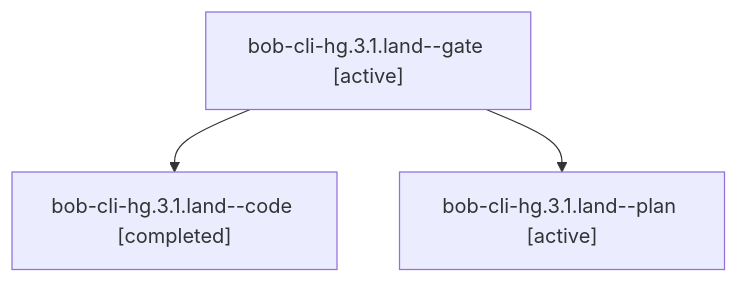
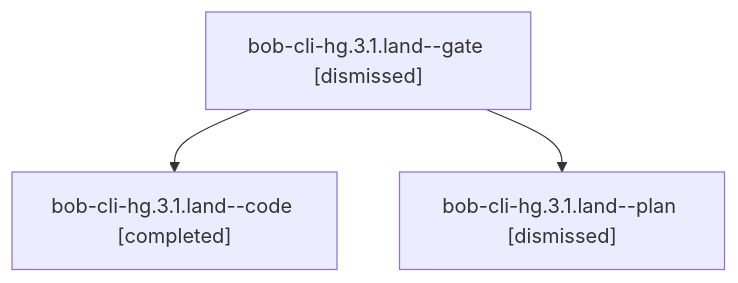
The diagram in sessions/bbugyi200.apollo.bob-cli-hg.3.1.land.md (bobs-org/bob-cli--agents), drawn with Mermaid before and after one commit. The commit also changed other lines of this file and 104 other files, not shown here.

````diff
--- a/sessions/bbugyi200.apollo.bob-cli-hg.3.1.land.md
+++ b/sessions/bbugyi200.apollo.bob-cli-hg.3.1.land.md
@@ -9,8 +9,8 @@
 ```mermaid
 flowchart TD
-  n0["bob-cli-hg.3.1.land--gate [active]"]
+  n0["bob-cli-hg.3.1.land--gate [dismissed]"]
   n1["bob-cli-hg.3.1.land--code [completed]"]
   n0 --> n1
-  n2["bob-cli-hg.3.1.land--plan [active]"]
+  n2["bob-cli-hg.3.1.land--plan [dismissed]"]
   n0 --> n2
 ```
````
